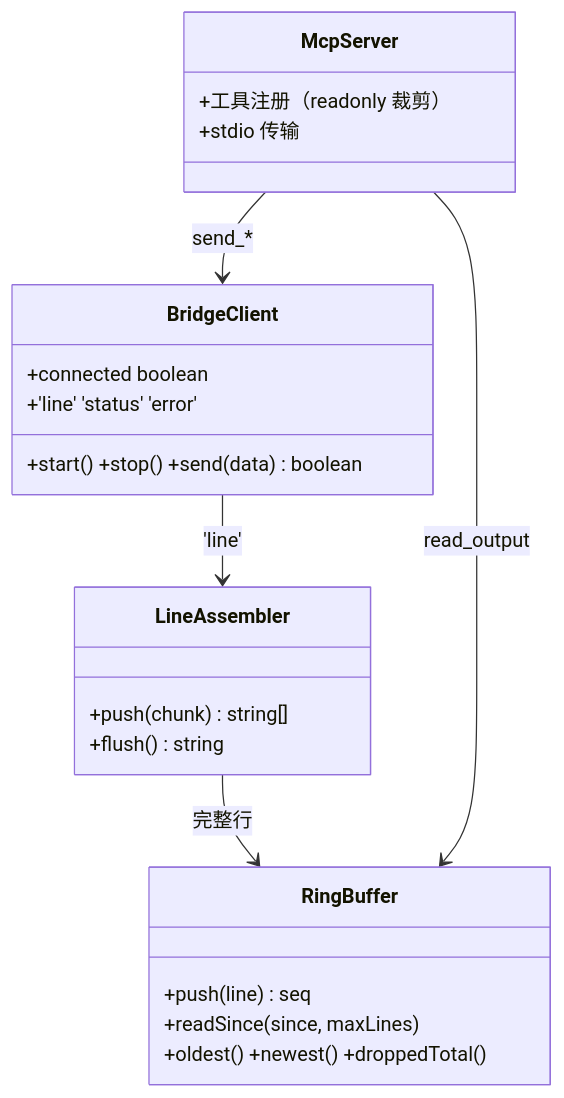
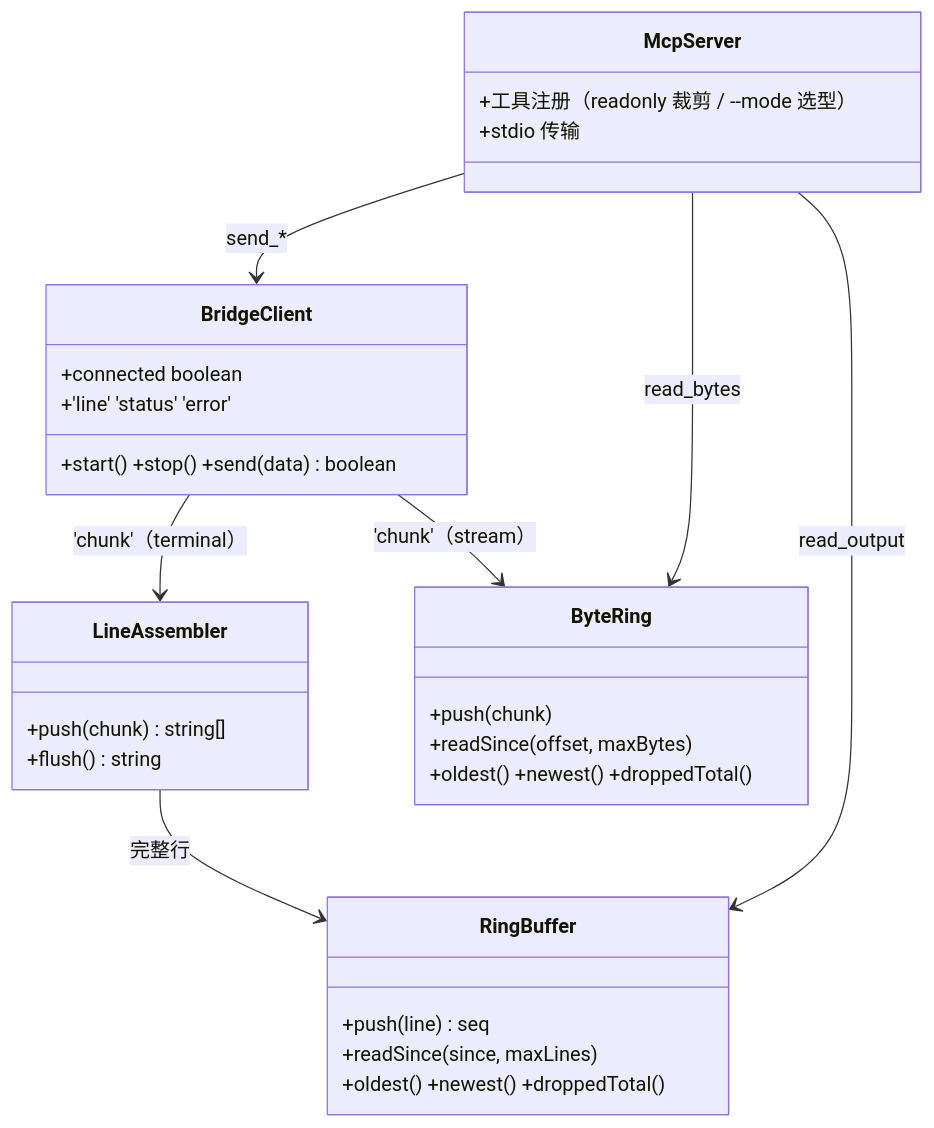
The third of 3 diagrams in doc/设计.md (ziqiang-zhu/agent-bridge-mcp), drawn with Mermaid before and after one commit. The commit also changed other lines of this file and 12 other files, not shown here.

First line of the commit message:
feat: add byte-level read and send for pass-through bridges

````diff
--- a/doc/设计.md
+++ b/doc/设计.md
@@ -278,25 +319,32 @@
 ```mermaid
 classDiagram
     class BridgeClient {
         +start() +stop() +send(data) boolean
         +connected boolean
         +'line' 'status' 'error'
     }
     class LineAssembler {
         +push(chunk) string[]
         +flush() string
     }
     class RingBuffer {
         +push(line) seq
         +readSince(since, maxLines)
         +oldest() +newest() +droppedTotal()
     }
+    class ByteRing {
+        +push(chunk)
+        +readSince(offset, maxBytes)
+        +oldest() +newest() +droppedTotal()
+    }
     class McpServer {
-        +工具注册（readonly 裁剪）
+        +工具注册（readonly 裁剪 / --mode 选型）
         +stdio 传输
     }
-    BridgeClient --> LineAssembler : 'line'
+    BridgeClient --> LineAssembler : 'chunk'（terminal）
     LineAssembler --> RingBuffer : 完整行
+    BridgeClient --> ByteRing : 'chunk'（stream）
     McpServer --> RingBuffer : read_output
+    McpServer --> ByteRing : read_bytes
     McpServer --> BridgeClient : send_*
 ```
````
